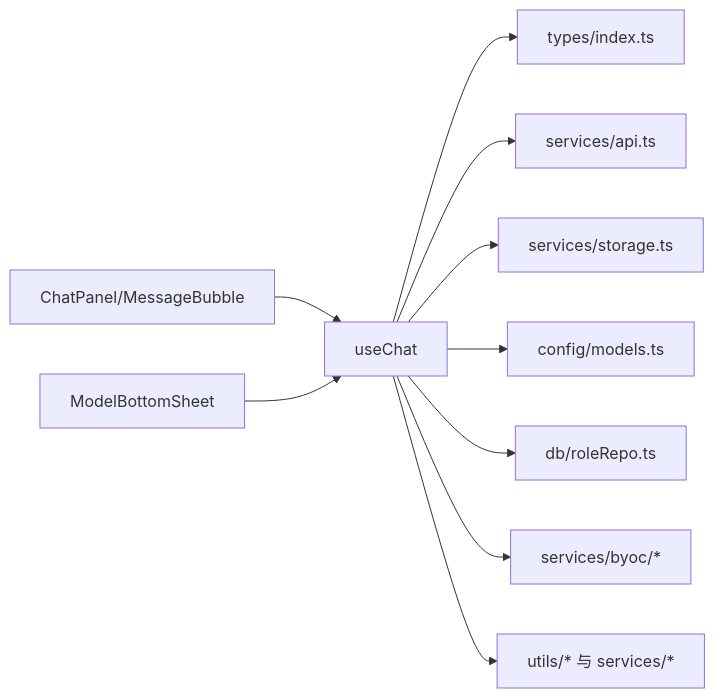
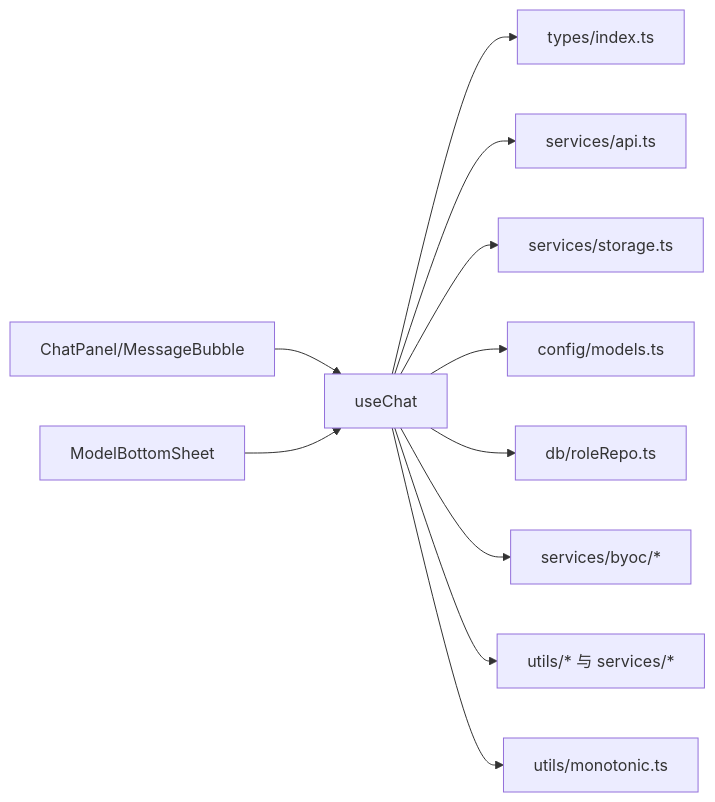
Before and after one commit to billye220670/AIShop: the seventh of 7 diagrams in .qoder/repowiki/zh/content/聊天模块/聊天状态管理 Hook.md, drawn with Mermaid. The commit also changed other lines of this file and 149 other files, not shown here.

````diff
--- a/.qoder/repowiki/zh/content/聊天模块/聊天状态管理 Hook.md
+++ b/.qoder/repowiki/zh/content/聊天模块/聊天状态管理 Hook.md
@@ -355,12 +420,13 @@
 ```mermaid
 graph LR
 Hook["useChat"] --> Types["types/index.ts"]
 Hook --> API["services/api.ts"]
 Hook --> Storage["services/storage.ts"]
 Hook --> Models["config/models.ts"]
 Hook --> Roles["db/roleRepo.ts"]
 Hook --> BYOC["services/byoc/*"]
 Hook --> Utils["utils/* 与 services/*"]
+Hook --> Monotonic["utils/monotonic.ts"]
 UI["ChatPanel/MessageBubble"] --> Hook
 RoleSelector["ModelBottomSheet"] --> Hook
 ```
````
